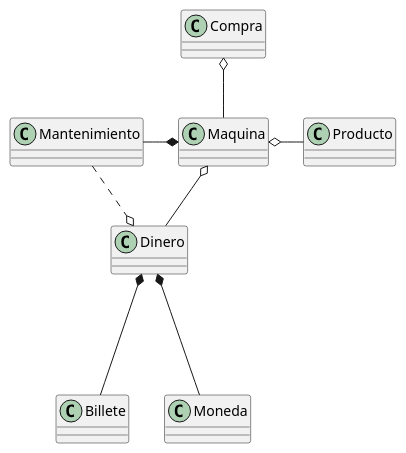
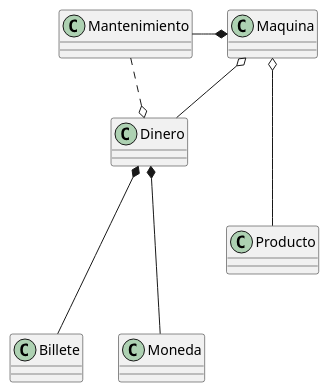
The diagram in Grupo2/modelo-de-dominio/dominio.plantuml (mmasias/IdSw2-22-23), drawn with PlantUML before and after one commit. The commit also changed 10 other files, not shown here.

```diff
--- a/Grupo2/modelo-de-dominio/dominio.plantuml
+++ b/Grupo2/modelo-de-dominio/dominio.plantuml
@@ -1,19 +1,17 @@
 @startuml modelo-de-dominio
 class Maquina
 class Billete
 class Moneda
 class Producto
 class Dinero
-class Compra
 class Mantenimiento
 
-Maquina -u-o Compra
 Maquina *--l Mantenimiento
 Maquina o-- Dinero
-Maquina o---r Producto
+Maquina o--- Producto
 
 Dinero *--- Billete
 Dinero *--- Moneda
 
 Mantenimiento ...r.o Dinero
 @enduml
```
